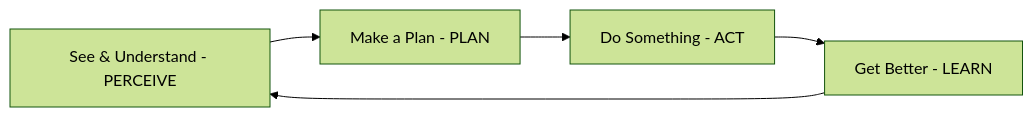
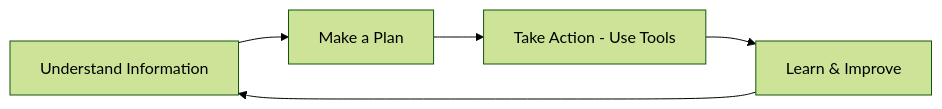
One commit to kanad13/Agentic-AI changed the second of 4 diagrams in readme.md. Above: the diagram before and after it, drawn with Mermaid (forest theme). The commit also changed other lines of this file and 3 other files, not shown here.

````diff
--- a/readme.md
+++ b/readme.md
@@ -61,7 +70,7 @@
 ```mermaid
 graph LR
-    A[See & Understand - PERCEIVE] --> B[Make a Plan - PLAN];
-    B --> C[Do Something - ACT];
-    C --> D[Get Better - LEARN];
+    A[Understand Information] --> B[Make a Plan];
+    B --> C[Take Action - Use Tools];
+    C --> D[Learn & Improve];
     D --> A;
 ```
````
